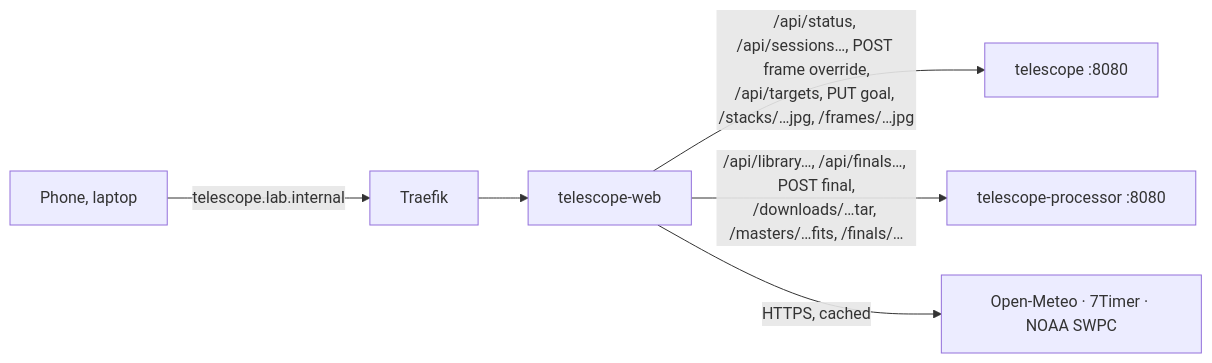
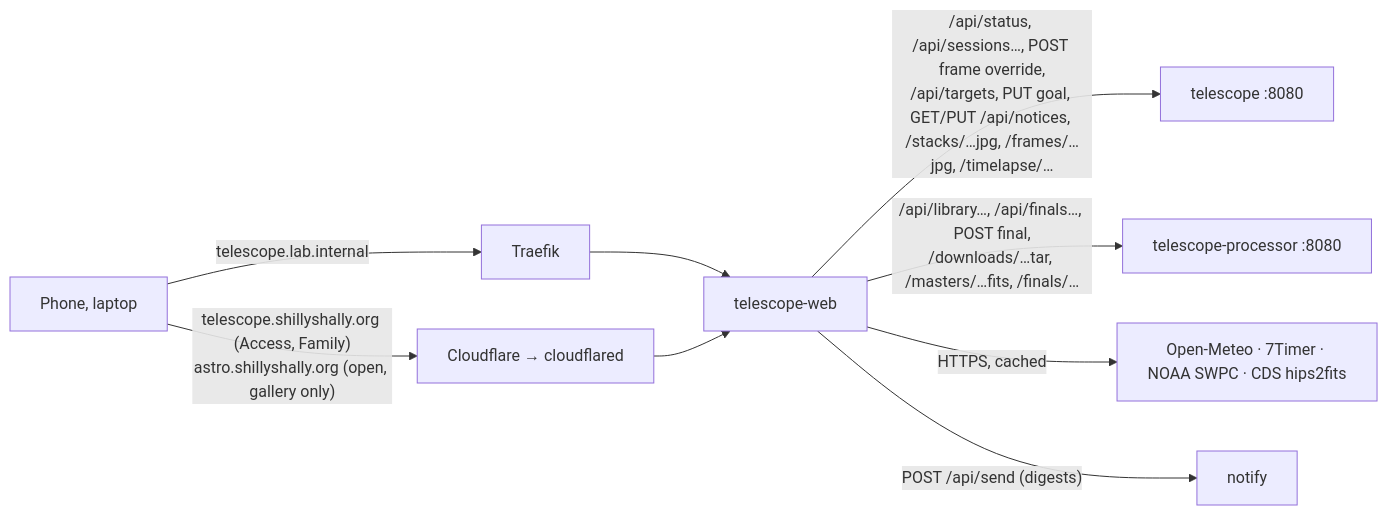
The diagram in apps/telescope/web/README.md (legendary-jarppi/homelab), drawn with Mermaid before and after one commit. The commit also changed other lines of this file and 127 other files, not shown here.

````diff
--- a/apps/telescope/web/README.md
+++ b/apps/telescope/web/README.md
@@ -5,7 +5,9 @@
 ```mermaid
 flowchart LR
   u[Phone, laptop] -- "telescope.lab.internal" --> tr[Traefik] --> w[telescope-web]
-  w -- "/api/status, /api/sessions…, POST frame override,<br/>/api/targets, PUT goal, /stacks/…jpg, /frames/…jpg" --> t[telescope :8080]
+  u -- "telescope.shillyshally.org (Access, Family)<br/>astro.shillyshally.org (open, gallery only)" --> cf[Cloudflare → cloudflared] --> w
+  w -- "/api/status, /api/sessions…, POST frame override,<br/>/api/targets, PUT goal, GET/PUT /api/notices, /stacks/…jpg, /frames/…jpg, /timelapse/…" --> t[telescope :8080]
   w -- "/api/library…, /api/finals…, POST final,<br/>/downloads/…tar, /masters/…fits, /finals/…" --> p[telescope-processor :8080]
-  w -- "HTTPS, cached" --> x[Open-Meteo · 7Timer · NOAA SWPC]
+  w -- "HTTPS, cached" --> x[Open-Meteo · 7Timer · NOAA SWPC · CDS hips2fits]
+  w -- "POST /api/send (digests)" --> n[notify]
 ```
````
